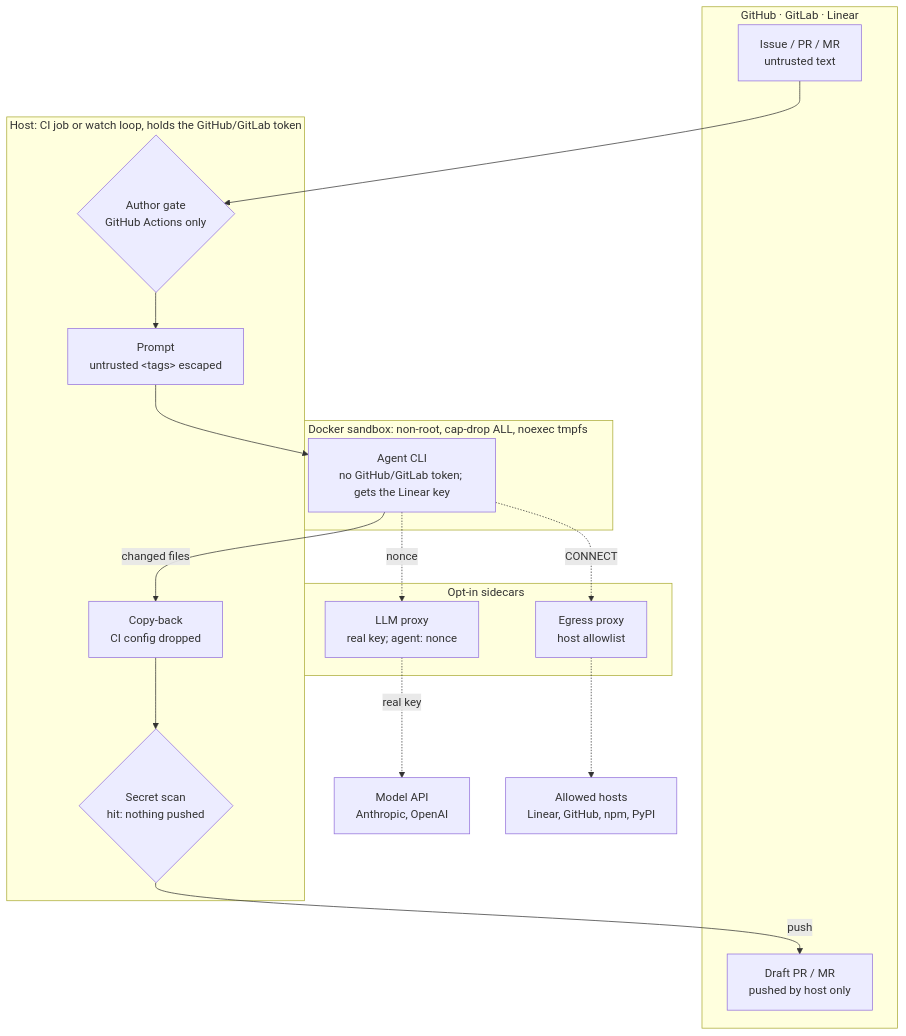
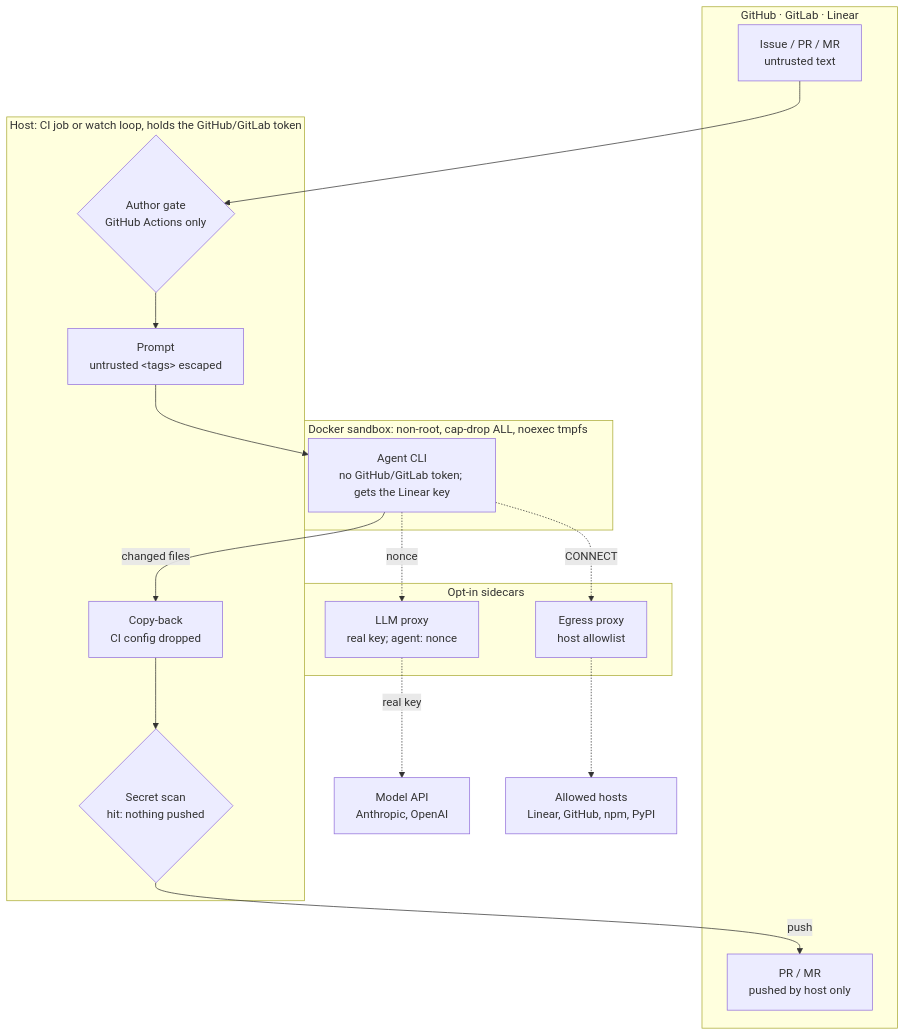
One commit to SebaBoler/vanguard changed the diagram in docs/diagrams/security.mmd. Above: the diagram before and after it, drawn with Mermaid. The commit also changed 16 other files, not shown here.

Commit message:
docs: diagrams show ready PRs and the automatic review (#551)

```diff
--- a/docs/diagrams/security.mmd
+++ b/docs/diagrams/security.mmd
@@ -1,30 +1,30 @@
 %% Security boundary: the topology behind security-light.svg / security-dark.svg (README "Security").
 %% Change it here first, mirror it in security.archify.json, then re-render with archify (github.com/tt-a1i/archify):
 %%   node archify/bin/archify.mjs deliver architecture docs/diagrams/security.archify.json <out>.html --quality showcase
 %% Open <out>.html → Export → SVG, then: docs/diagrams/split-theme.sh <export>.svg security
 %% Dashed = opt-in: --llm-proxy (on in the review and revise workflows) and --egress.
 flowchart TB
   subgraph forge[GitHub · GitLab · Linear]
     input["Issue / PR / MR<br/>untrusted text"]
-    pr["Draft PR / MR<br/>pushed by host only"]
+    pr["PR / MR<br/>pushed by host only"]
   end
   subgraph host[Host: CI job or watch loop, holds the GitHub/GitLab token]
     gate{"Author gate<br/>GitHub Actions only"}
     prompt["Prompt<br/>untrusted &lt;tags&gt; escaped"]
     copyback["Copy-back<br/>CI config dropped"]
     scan{"Secret scan<br/>hit: nothing pushed"}
   end
   subgraph sandbox[Docker sandbox: non-root, cap-drop ALL, noexec tmpfs]
     agent["Agent CLI<br/>no GitHub/GitLab token; gets the Linear key"]
   end
   subgraph sidecars[Opt-in sidecars]
     llmproxy["LLM proxy<br/>real key; agent: nonce"]
     egress["Egress proxy<br/>host allowlist"]
   end
   model["Model API<br/>Anthropic, OpenAI"]
   hosts["Allowed hosts<br/>Linear, GitHub, npm, PyPI"]
 
   input --> gate --> prompt --> agent
   agent -->|changed files| copyback --> scan -->|push| pr
   agent -.->|nonce| llmproxy -.->|real key| model
   agent -.->|CONNECT| egress -.-> hosts
```
